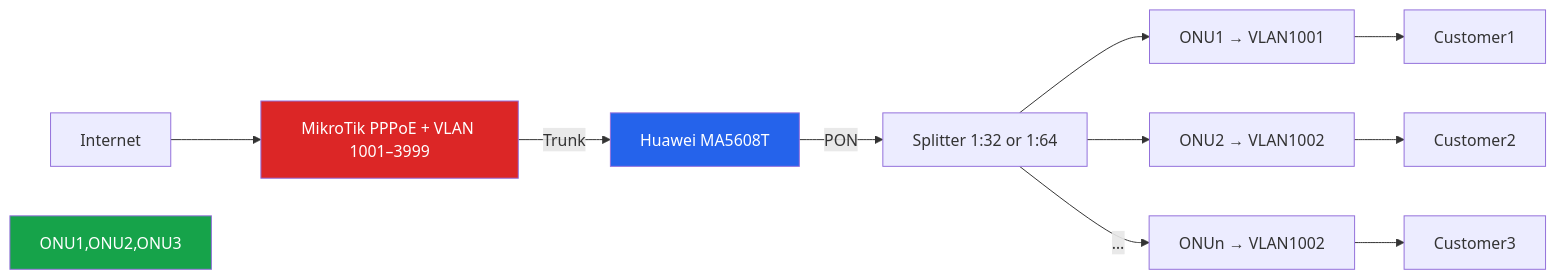
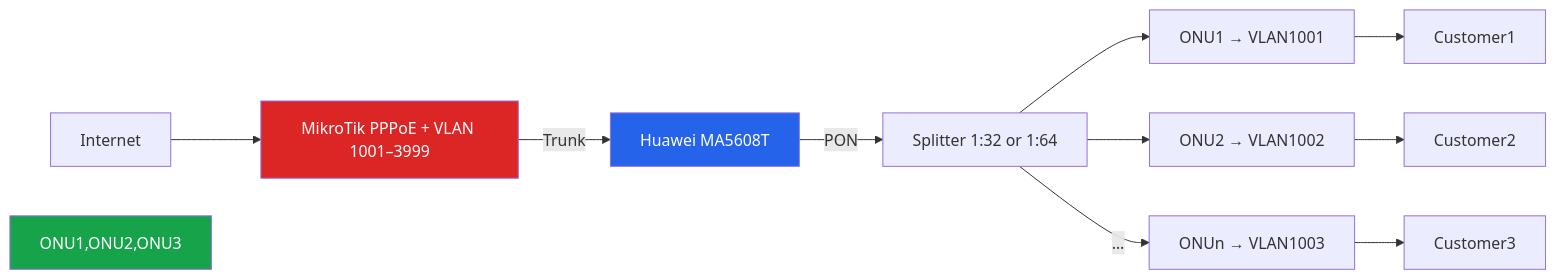
Before and after one commit to kaoheng1515/mikrotik-olt-onu-configure: the second of 2 diagrams in README.md, drawn with Mermaid.

````diff
--- a/README.md
+++ b/README.md
@@ -36,13 +36,13 @@
 ```mermaid
  flowchart LR
     Internet --> MK[MikroTik PPPoE + VLAN 1001–3999]
     MK -->|Trunk| OLT[Huawei MA5608T]
     OLT -->|PON| SPL[Splitter 1:32 or 1:64]
     SPL --> ONU1[ONU1 → VLAN1001] --> C1[Customer1]
     SPL --> ONU2[ONU2 → VLAN1002] --> C2[Customer2]
-    SPL -->|…| ONU3[ONUn → VLAN1002] --> Cn[Customer3]
+    SPL -->|…| ONU3[ONUn → VLAN1003] --> Cn[Customer3]
 
     style MK fill:#dc2626,color:#fff
     style OLT fill:#2563eb,color:#fff
     style ONU1,ONU2,ONU3 fill:#16a34a,color:#fff
 ```
````
